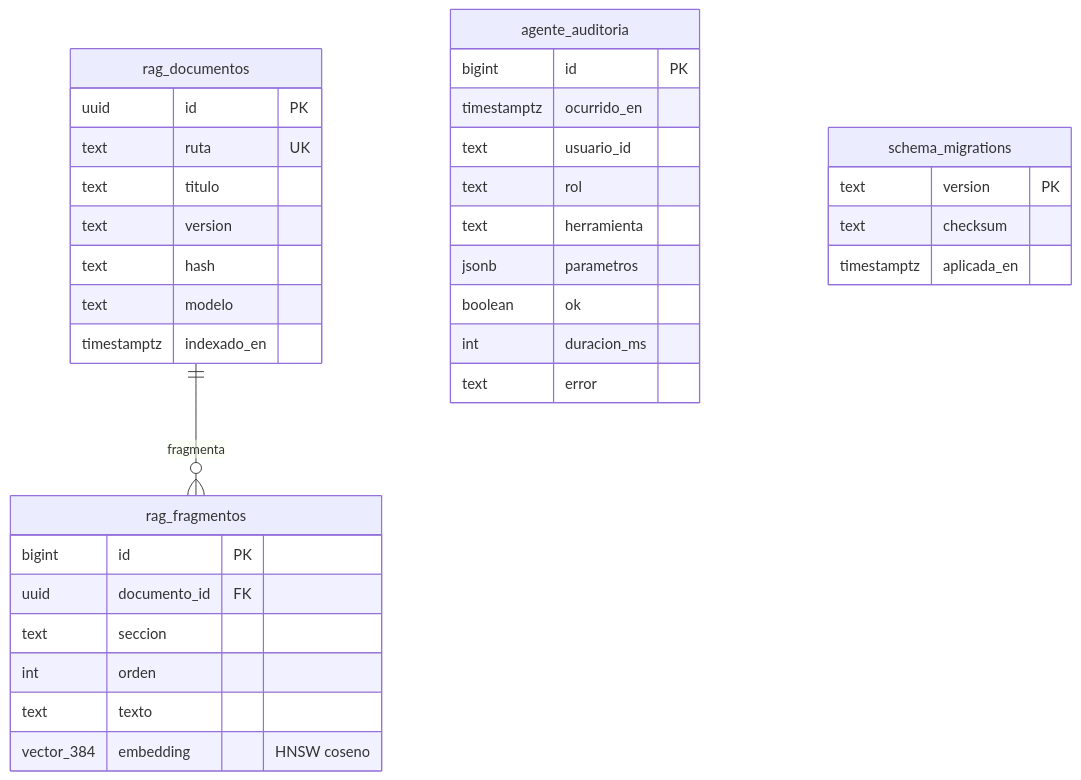
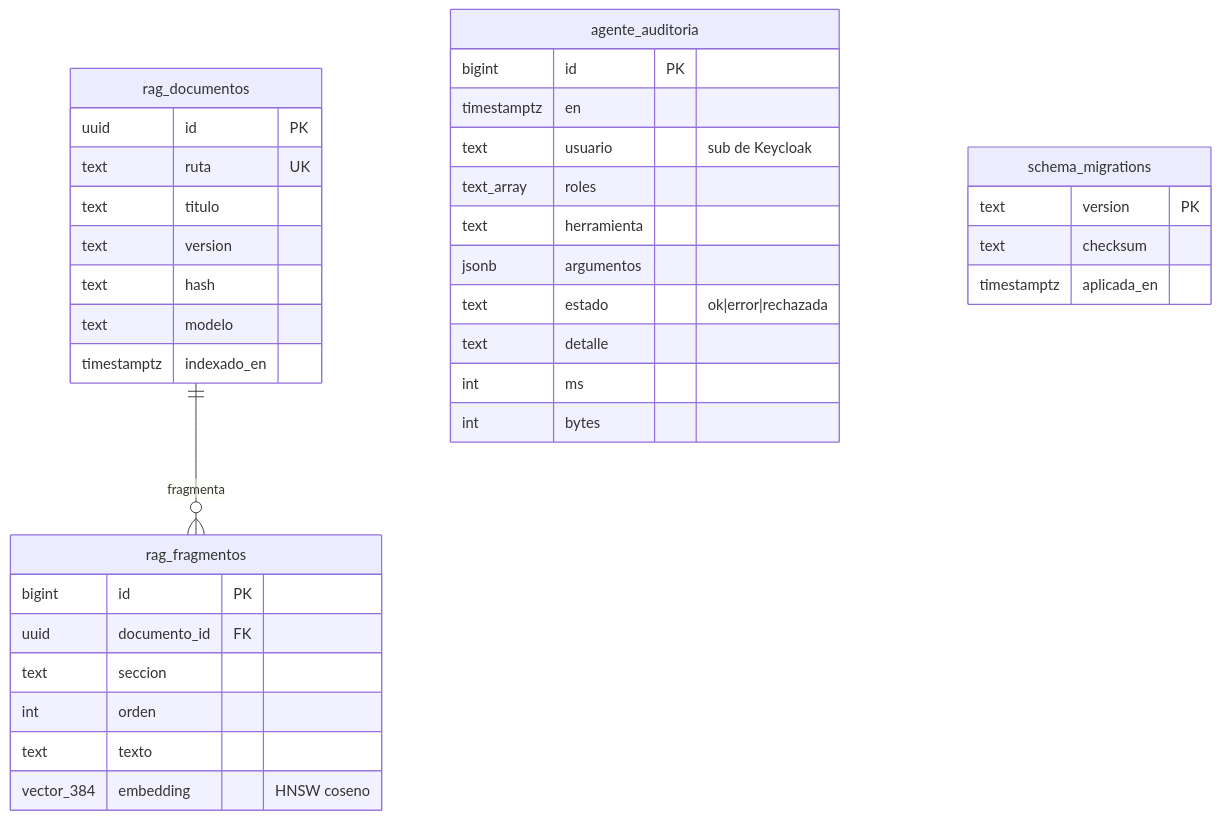
The fourth of 4 diagrams in docs/datos/postgresql.md (Software2-Parcial2/Backend_Frontend), drawn with Mermaid before and after one commit. The commit also changed other lines of this file and 12 other files, not shown here.

First line of the commit message:
feat(datos): semilla repetible, EXPLAIN y generador de diccionario/ERD desde las bases reales

````diff
--- a/docs/datos/postgresql.md
+++ b/docs/datos/postgresql.md
@@ -181,37 +181,38 @@
 ```mermaid
 erDiagram
   rag_documentos {
     uuid id PK
     text ruta UK
     text titulo
     text version
     text hash
     text modelo
     timestamptz indexado_en
   }
   rag_fragmentos {
     bigint id PK
     uuid documento_id FK
     text seccion
     int orden
     text texto
     vector_384 embedding "HNSW coseno"
   }
   agente_auditoria {
     bigint id PK
-    timestamptz ocurrido_en
-    text usuario_id
-    text rol
+    timestamptz en
+    text usuario "sub de Keycloak"
+    text_array roles
     text herramienta
-    jsonb parametros
-    boolean ok
-    int duracion_ms
-    text error
+    jsonb argumentos
+    text estado "ok|error|rechazada"
+    text detalle
+    int ms
+    int bytes
   }
   schema_migrations {
     text version PK
     text checksum
     timestamptz aplicada_en
   }
   rag_documentos ||--o{ rag_fragmentos : fragmenta
 ```
````
